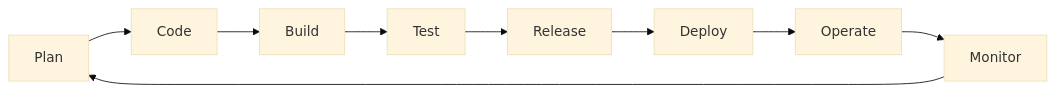
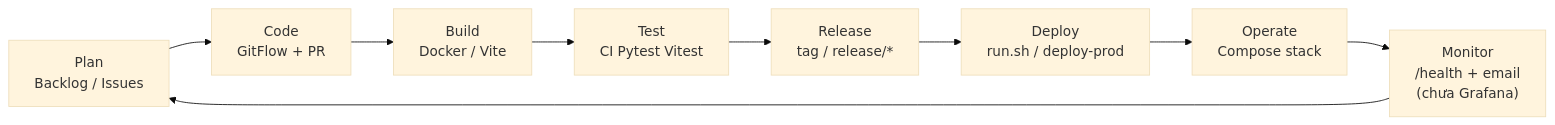
One commit to se-bros/hcmus-projectmanage--lab changed the third of 4 diagrams in final-exam/preparation/5_CICD_DevOps_Testing/README.md. Above: the diagram before and after it, drawn with Mermaid (base theme). The commit also changed other lines of this file and 7 other files, not shown here.

````diff
--- a/final-exam/preparation/5_CICD_DevOps_Testing/README.md
+++ b/final-exam/preparation/5_CICD_DevOps_Testing/README.md
@@ -125,12 +134,11 @@
 ```mermaid
 flowchart LR
-    %% Tự vẽ vòng lặp DevOps
-    Plan["Plan"] --> Code["Code"]
-    Code --> Build["Build"]
-    Build --> Test["Test"]
-    Test --> Release["Release"]
-    Release --> Deploy["Deploy"]
-    Deploy --> Operate["Operate"]
-    Operate --> Monitor["Monitor"]
+    Plan["Plan<br/>Backlog / Issues"] --> Code["Code<br/>GitFlow + PR"]
+    Code --> Build["Build<br/>Docker / Vite"]
+    Build --> Test["Test<br/>CI Pytest Vitest"]
+    Test --> Release["Release<br/>tag / release/*"]
+    Release --> Deploy["Deploy<br/>run.sh / deploy-prod"]
+    Deploy --> Operate["Operate<br/>Compose stack"]
+    Operate --> Monitor["Monitor<br/>/health + email<br/>(chưa Grafana)"]
     Monitor --> Plan
 ```
````
